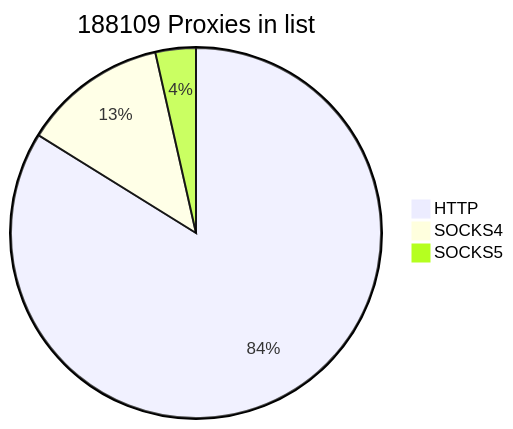
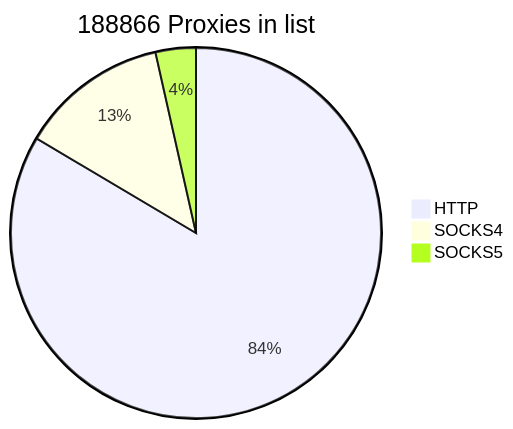
Before and after one commit to cutipu/proxylist: the first of 2 diagrams in README.md, drawn with Mermaid. The commit also changed other lines of this file, not shown here.

````diff
--- a/README.md
+++ b/README.md
@@ -2,7 +2,7 @@
 ```mermaid
-pie title 188109 Proxies in list
-    "HTTP" : 157715
-    "SOCKS4" : 23751
-    "SOCKS5" : 6643
+pie title 188866 Proxies in list
+    "HTTP" : 157736
+    "SOCKS4" : 24488
+    "SOCKS5" : 6642
             
 ```
````
